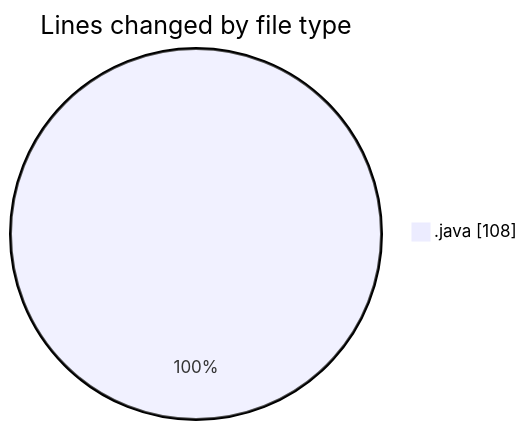
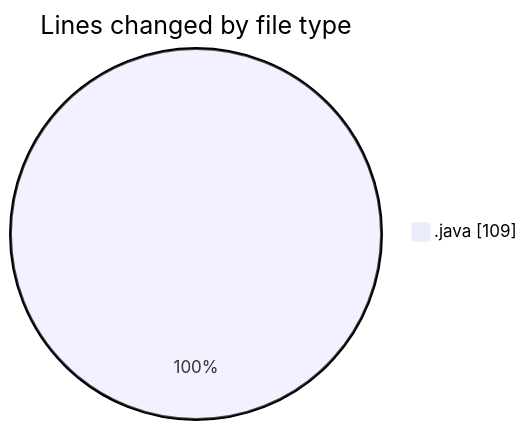
The first of 2 diagrams in 2025-03-25/startfiles/README.md (NitaiMahat/code-tracking), drawn with Mermaid before and after one commit. The commit also changed other lines of this file and 1 other file, not shown here.

````diff
--- a/2025-03-25/startfiles/README.md
+++ b/2025-03-25/startfiles/README.md
@@ -20,5 +20,5 @@
 ```mermaid
 pie showData
 title Lines changed by file type
-".java" : 108
+".java" : 109
 ```
````
